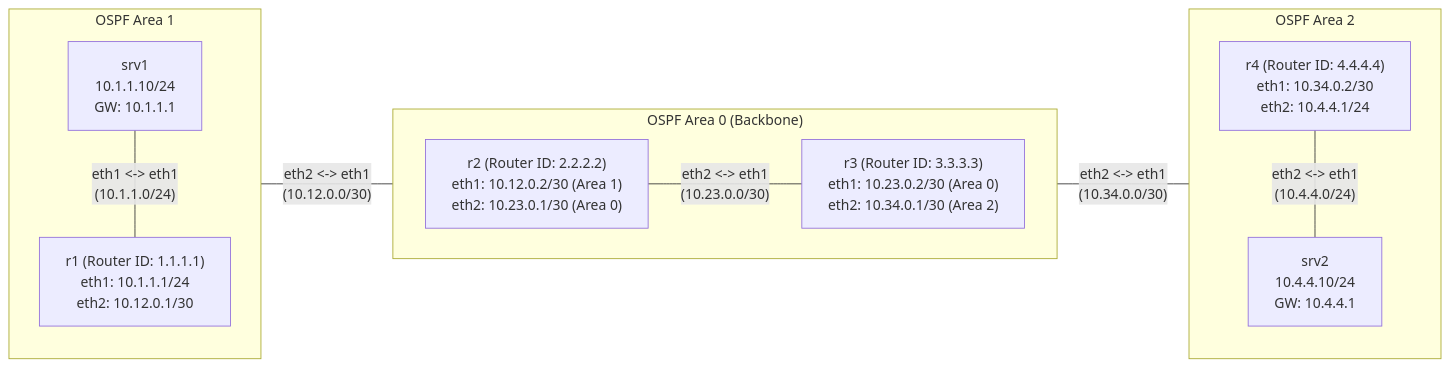
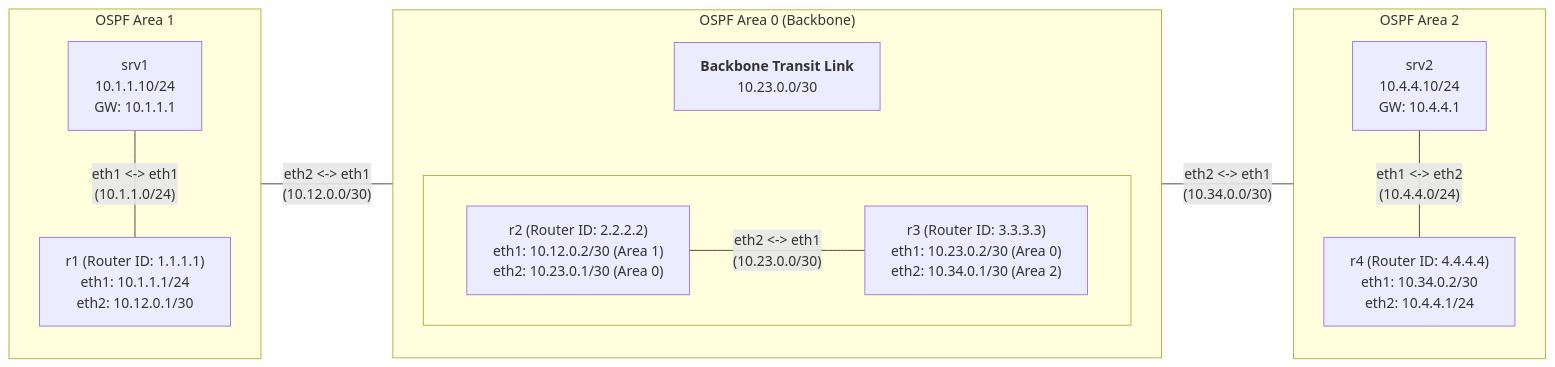
The diagram in bai-tap-ve-nha/18-troubleshooting-chaos-lab/lab-guide.md (thangphan205/containerlab-demo), drawn with Mermaid before and after one commit. The commit also changed 1 other file, not shown here.

Commit message:
docs: update lab guides for OSPF multi-area and troubleshooting chaos labs

````diff
--- a/bai-tap-ve-nha/18-troubleshooting-chaos-lab/lab-guide.md
+++ b/bai-tap-ve-nha/18-troubleshooting-chaos-lab/lab-guide.md
@@ -24,26 +24,31 @@
 ```mermaid
 graph LR
     subgraph area1 ["OSPF Area 1"]
         direction TB
         srv1["srv1<br>10.1.1.10/24<br>GW: 10.1.1.1"]
         r1["r1 (Router ID: 1.1.1.1)<br>eth1: 10.1.1.1/24<br>eth2: 10.12.0.1/30"]
         srv1 -- "eth1 <-> eth1<br>(10.1.1.0/24)" --- r1
     end
 
     subgraph area0 ["OSPF Area 0 (Backbone)"]
-        direction LR
-        r2["r2 (Router ID: 2.2.2.2)<br>eth1: 10.12.0.2/30 (Area 1)<br>eth2: 10.23.0.1/30 (Area 0)"]
-        r3["r3 (Router ID: 3.3.3.3)<br>eth1: 10.23.0.2/30 (Area 0)<br>eth2: 10.34.0.1/30 (Area 2)"]
-        r2 -- "eth2 <-> eth1<br>(10.23.0.0/30)" --- r3
+        direction TB
+        backbone_info["<b>Backbone Transit Link</b><br>10.23.0.0/30"]
+        subgraph area0_routers [" "]
+            direction LR
+            r2["r2 (Router ID: 2.2.2.2)<br>eth1: 10.12.0.2/30 (Area 1)<br>eth2: 10.23.0.1/30 (Area 0)"]
+            r3["r3 (Router ID: 3.3.3.3)<br>eth1: 10.23.0.2/30 (Area 0)<br>eth2: 10.34.0.1/30 (Area 2)"]
+            r2 -- "eth2 <-> eth1<br>(10.23.0.0/30)" --- r3
+        end
+        backbone_info ~~~ area0_routers
     end
 
     subgraph area2 ["OSPF Area 2"]
         direction TB
+        srv2["srv2<br>10.4.4.10/24<br>GW: 10.4.4.1"]
         r4["r4 (Router ID: 4.4.4.4)<br>eth1: 10.34.0.2/30<br>eth2: 10.4.4.1/24"]
-        srv2["srv2<br>10.4.4.10/24<br>GW: 10.4.4.1"]
-        r4 -- "eth2 <-> eth1<br>(10.4.4.0/24)" --- srv2
+        srv2 -- "eth1 <-> eth2<br>(10.4.4.0/24)" --- r4
     end
 
     r1 -- "eth2 <-> eth1<br>(10.12.0.0/30)" --- r2
     r3 -- "eth2 <-> eth1<br>(10.34.0.0/30)" --- r4
 ```
````
